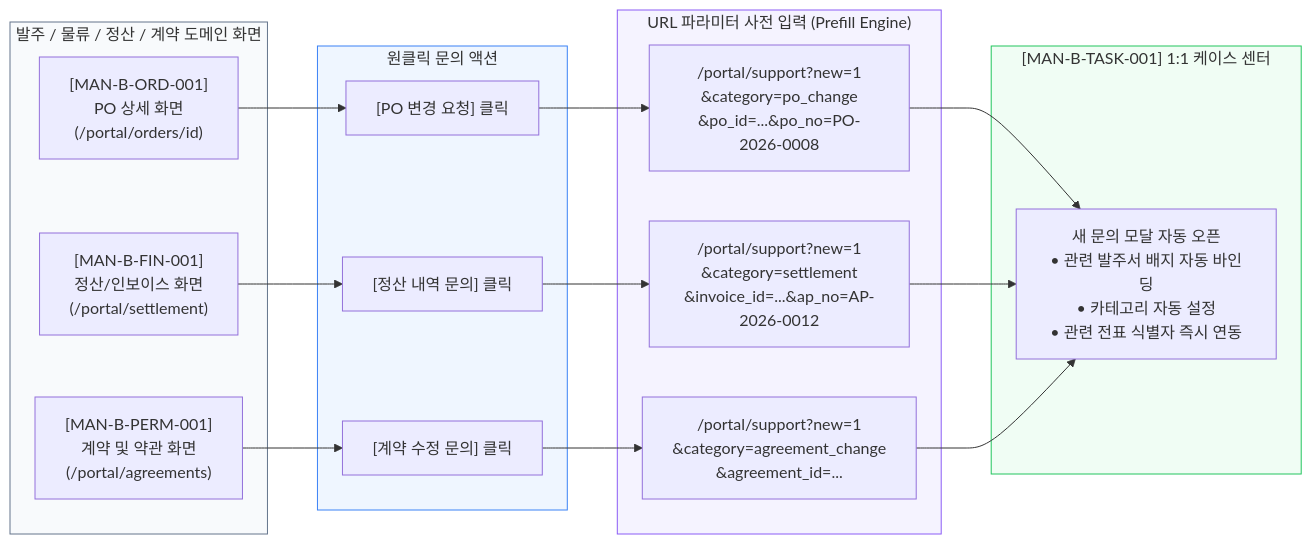
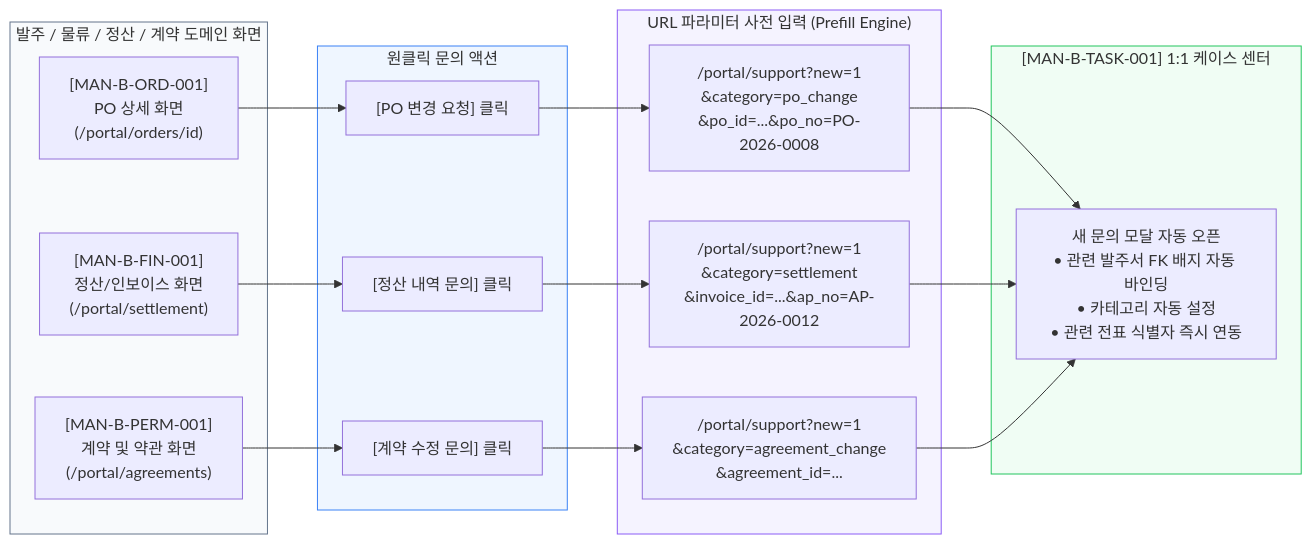
Before and after one commit to chaehahm-Kr/KBGP-Portal: the second of 7 diagrams in Manuals/MAN-B-TASK-001_Task-Communication/01_SOURCE/MAN-B-TASK-001_Workflow_Map.md, drawn with Mermaid. The commit also changed other lines of this file and 3 other files, not shown here.

````diff
--- a/Manuals/MAN-B-TASK-001_Task-Communication/01_SOURCE/MAN-B-TASK-001_Workflow_Map.md
+++ b/Manuals/MAN-B-TASK-001_Task-Communication/01_SOURCE/MAN-B-TASK-001_Workflow_Map.md
@@ -64,33 +64,33 @@
 ```mermaid
 flowchart LR
     subgraph DOMAINS["발주 / 물류 / 정산 / 계약 도메인 화면"]
         D1["[MAN-B-ORD-001]<br/>PO 상세 화면<br/>(/portal/orders/id)"]
         D2["[MAN-B-FIN-001]<br/>정산/인보이스 화면<br/>(/portal/settlement)"]
         D3["[MAN-B-PERM-001]<br/>계약 및 약관 화면<br/>(/portal/agreements)"]
     end
 
     subgraph BUTTONS["원클릭 문의 액션"]
         B1["[PO 변경 요청] 클릭"]
         B2["[정산 내역 문의] 클릭"]
         B3["[계약 수정 문의] 클릭"]
     end
 
     subgraph PREFILL_URL["URL 파라미터 사전 입력 (Prefill Engine)"]
         U1["/portal/support?new=1<br/>&category=po_change<br/>&po_id=...&po_no=PO-2026-0008"]
         U2["/portal/support?new=1<br/>&category=settlement<br/>&invoice_id=...&ap_no=AP-2026-0012"]
         U3["/portal/support?new=1<br/>&category=agreement_change<br/>&agreement_id=..."]
     end
 
     subgraph SUPPORT_PORTAL["[MAN-B-TASK-001] 1:1 케이스 센터"]
-        S1["새 문의 모달 자동 오픈<br/>• 관련 발주서 배지 자동 바인딩<br/>• 카테고리 자동 설정<br/>• 관련 전표 식별자 즉시 연동"]
+        S1["새 문의 모달 자동 오픈<br/>• 관련 발주서 FK 배지 자동 바인딩<br/>• 카테고리 자동 설정<br/>• 관련 전표 식별자 즉시 연동"]
     end
 
     D1 --> B1 --> U1 --> S1
     D2 --> B2 --> U2 --> S1
     D3 --> B3 --> U3 --> S1
 
     style DOMAINS fill:#f8fafc,stroke:#64748b
     style BUTTONS fill:#eff6ff,stroke:#3b82f6
     style PREFILL_URL fill:#f5f3ff,stroke:#8b5cf6
     style SUPPORT_PORTAL fill:#f0fdf4,stroke:#22c55e
 ```
````
